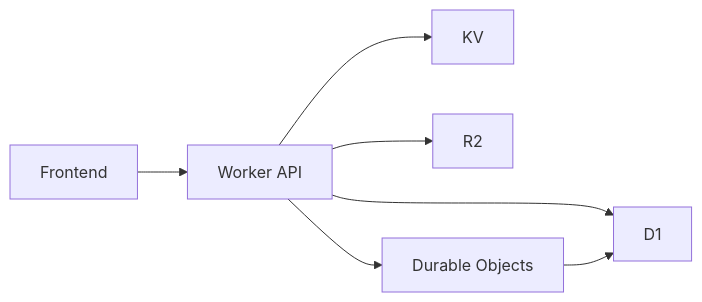
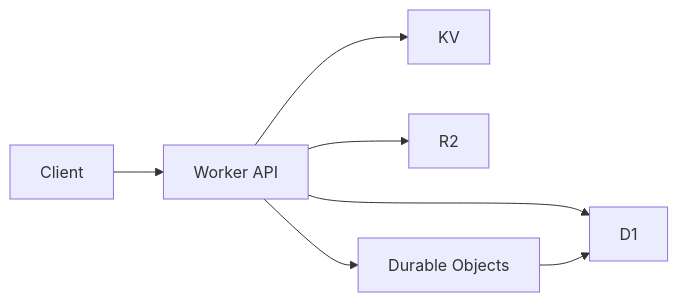
One commit to johnxie/awesome-code-docs changed the diagram in tutorials/vibesdk-tutorial/05-data-layer-and-persistence.md. Above: the diagram before and after it, drawn with Mermaid. The commit also changed other lines of this file and 7 other files, not shown here.

Commit message:
docs: deepen VibeSDK chapters with architecture and ops detail (#70)

````diff
--- a/tutorials/vibesdk-tutorial/05-data-layer-and-persistence.md
+++ b/tutorials/vibesdk-tutorial/05-data-layer-and-persistence.md
@@ -23,9 +23,9 @@
 ```mermaid
 graph LR
-    UI[Frontend] --> API[Worker API]
+    UI[Client] --> API[Worker API]
     API --> D1[D1]
     API --> KV[KV]
     API --> R2[R2]
     API --> DO[Durable Objects]
     DO --> D1
 ```
````
